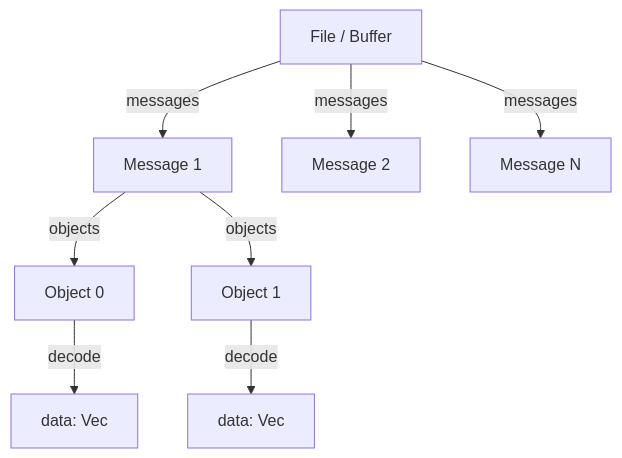
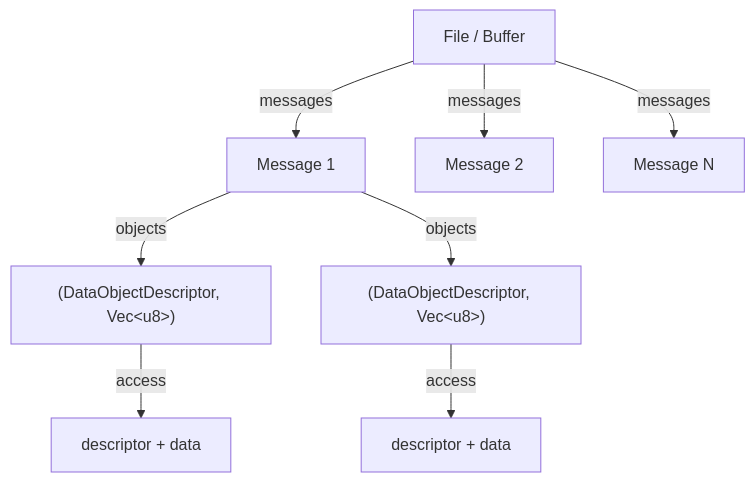
One commit to ecmwf/tensogram changed the diagram in docs/src/guide/iterators.md. Above: the diagram before and after it, drawn with Mermaid. The commit also changed other lines of this file and 18 other files, not shown here.

````diff
--- a/docs/src/guide/iterators.md
+++ b/docs/src/guide/iterators.md
@@ -7,10 +7,10 @@
 ```mermaid
 graph TD
     F[File / Buffer] -->|messages| M1[Message 1]
     F -->|messages| M2[Message 2]
     F -->|messages| M3[Message N]
-    M1 -->|objects| O1[Object 0]
-    M1 -->|objects| O2[Object 1]
-    O1 -->|decode| D1["data: Vec<u8>"]
-    O2 -->|decode| D2["data: Vec<u8>"]
+    M1 -->|objects| O1["(DataObjectDescriptor, Vec&lt;u8&gt;)"]
+    M1 -->|objects| O2["(DataObjectDescriptor, Vec&lt;u8&gt;)"]
+    O1 -->|access| D1["descriptor + data"]
+    O2 -->|access| D2["descriptor + data"]
 ```
````
